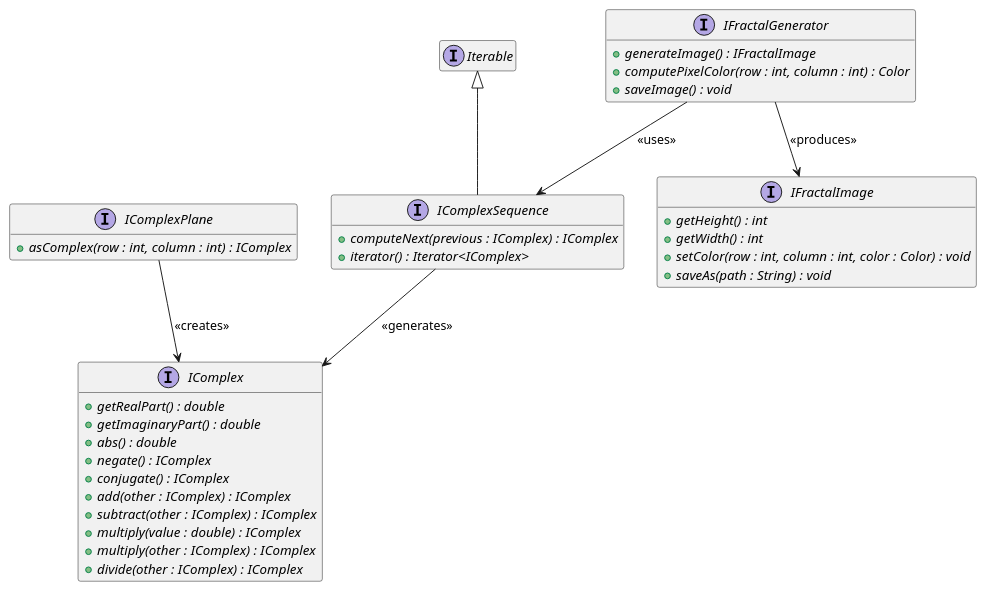
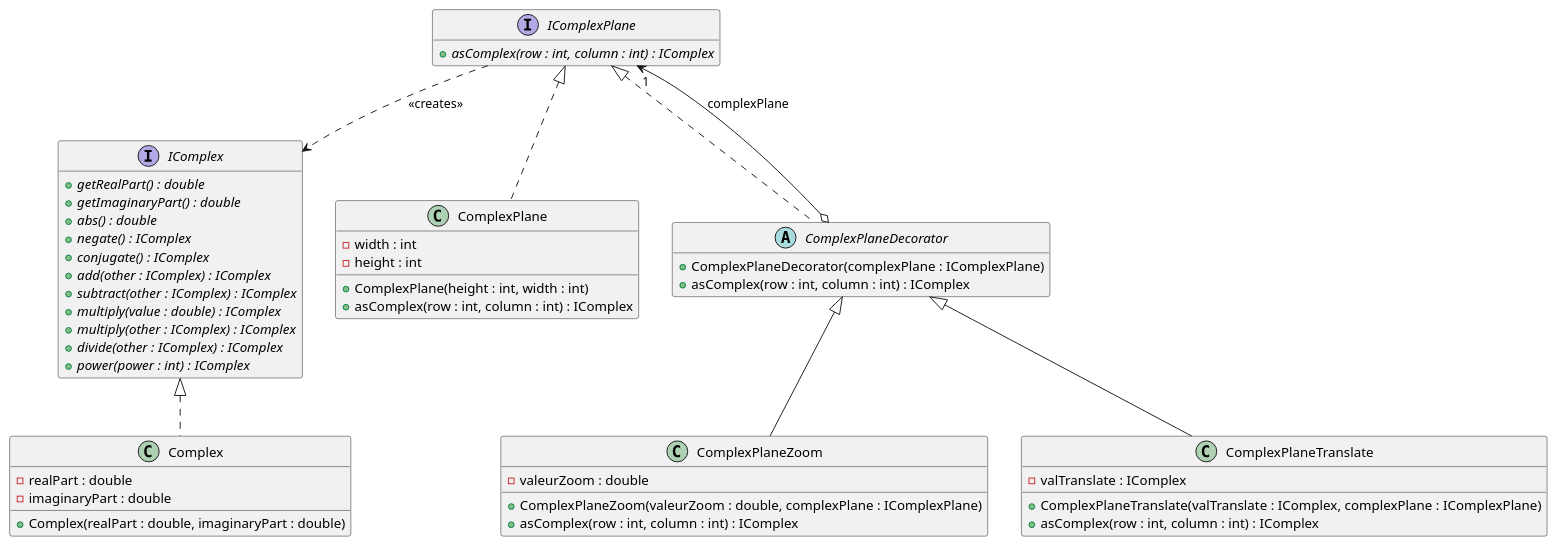
Before and after one commit to marietiers59/FractaLens: the second of 6 diagrams in README.md, drawn with PlantUML. The commit also changed other lines of this file, not shown here.

````diff
--- a/README.md
+++ b/README.md
@@ -13,61 +91,61 @@
 ```plantuml
+@startuml
 hide empty members
-
-' --------------- '
-' Complex Numbers '
-' --------------- '
 
 interface IComplex {
     + {abstract} getRealPart() : double
     + {abstract} getImaginaryPart() : double
     + {abstract} abs() : double
     + {abstract} negate() : IComplex
     + {abstract} conjugate() : IComplex
     + {abstract} add(other : IComplex) : IComplex
     + {abstract} subtract(other : IComplex) : IComplex
     + {abstract} multiply(value : double) : IComplex
     + {abstract} multiply(other : IComplex) : IComplex
     + {abstract} divide(other : IComplex) : IComplex
+    + {abstract} power(power : int) : IComplex
+}
+
+class Complex {
+    - realPart : double
+    - imaginaryPart : double
+    + Complex(realPart : double, imaginaryPart : double)
 }
 
 interface IComplexPlane {
     + {abstract} asComplex(row : int, column : int) : IComplex
 }
 
-IComplexPlane --> IComplex : << creates >>
-
-' ----------------- '
-' Complex Sequences '
-' ----------------- '
-
-interface IComplexSequence extends Iterable<IComplex> {
-    + {abstract} computeNext(previous : IComplex) : IComplex
-    + {abstract} iterator() : Iterator<IComplex>
+class ComplexPlane {
+    - width : int
+    - height : int
+    + ComplexPlane(height : int, width : int)
+    + asComplex(row : int, column : int) : IComplex
 }
 
-IComplexSequence --> IComplex : << generates >>
-
-' -------------- '
-' Image Handling '
-' -------------- '
-
-interface IFractalImage {
-    + {abstract} getHeight() : int
-    + {abstract} getWidth() : int
-    + {abstract} setColor(row : int, column : int, color : Color) : void
-    + {abstract} saveAs(path : String) : void
+abstract class ComplexPlaneDecorator {
+    + ComplexPlaneDecorator(complexPlane : IComplexPlane)
+    + asComplex(row : int, column : int) : IComplex
 }
 
-' ------------------ '
-' Fractal Generation '
-' ------------------ '
-
-interface IFractalGenerator {
-    + {abstract} generateImage() : IFractalImage
-    + {abstract} computePixelColor(row : int, column : int) : Color
-    + {abstract} saveImage() : void
+class ComplexPlaneZoom {
+    - valeurZoom : double
+    + ComplexPlaneZoom(valeurZoom : double, complexPlane : IComplexPlane)
+    + asComplex(row : int, column : int) : IComplex
 }
 
-IFractalGenerator --> IFractalImage : << produces >>
-IFractalGenerator --> IComplexSequence : << uses >>
+class ComplexPlaneTranslate {
+    - valTranslate : IComplex
+    + ComplexPlaneTranslate(valTranslate : IComplex, complexPlane : IComplexPlane)
+    + asComplex(row : int, column : int) : IComplex
+}
+
+IComplex <|.. Complex
+IComplexPlane <|.. ComplexPlane
+IComplexPlane <|.. ComplexPlaneDecorator
+ComplexPlaneDecorator o--> "1" IComplexPlane : complexPlane
+ComplexPlaneDecorator <|-- ComplexPlaneZoom
+ComplexPlaneDecorator <|-- ComplexPlaneTranslate
+IComplexPlane ..> IComplex : <<creates>>
+@enduml
 ```
````
